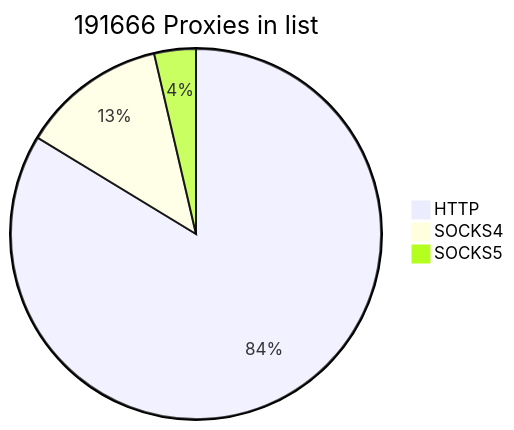
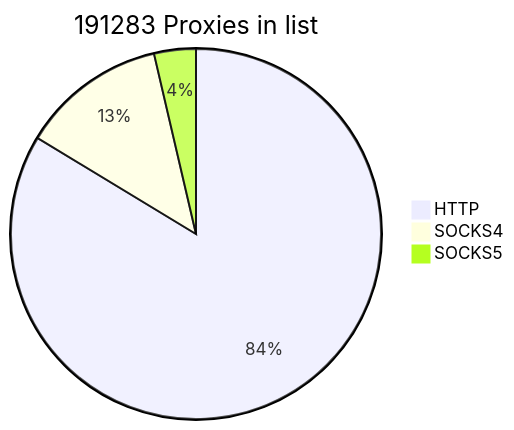
Before and after one commit to cutipu/proxylist: the first of 2 diagrams in README.md, drawn with Mermaid. The commit also changed other lines of this file, not shown here.

````diff
--- a/README.md
+++ b/README.md
@@ -2,7 +2,7 @@
 ```mermaid
-pie title 191666 Proxies in list
-    "HTTP" : 160416
-    "SOCKS4" : 24284
-    "SOCKS5" : 6966
+pie title 191283 Proxies in list
+    "HTTP" : 160029
+    "SOCKS4" : 24282
+    "SOCKS5" : 6972
             
 ```
````
